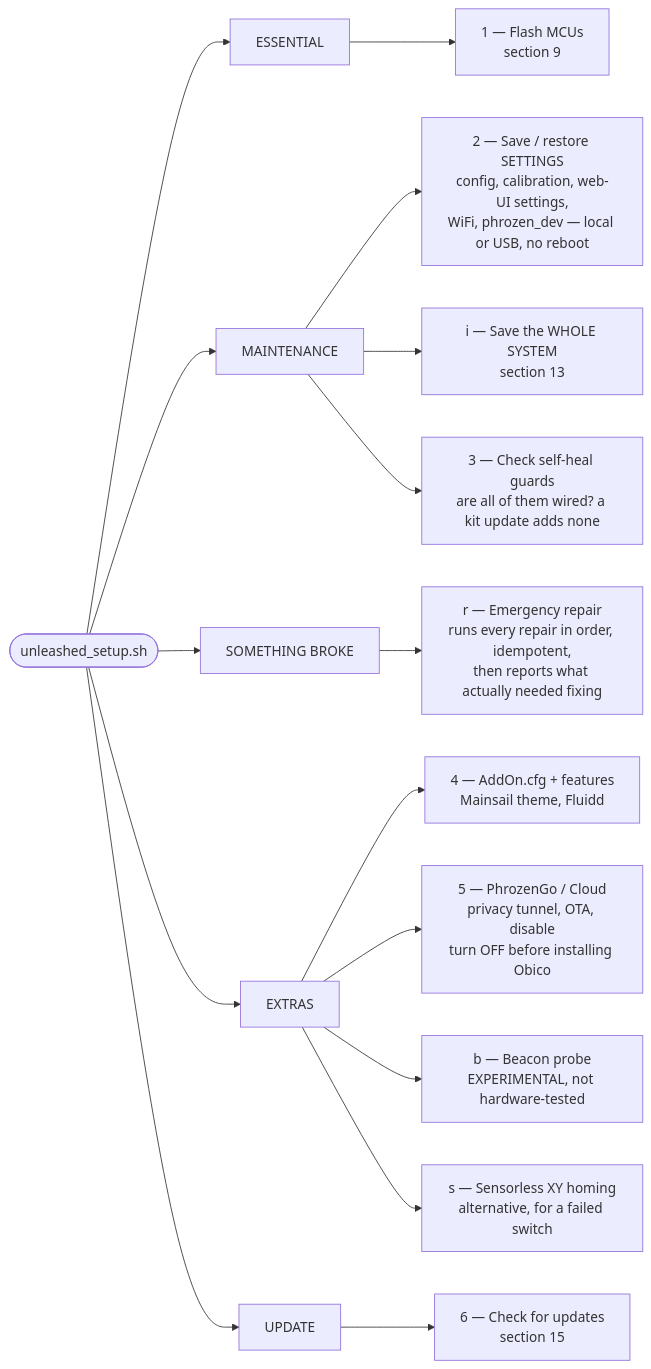
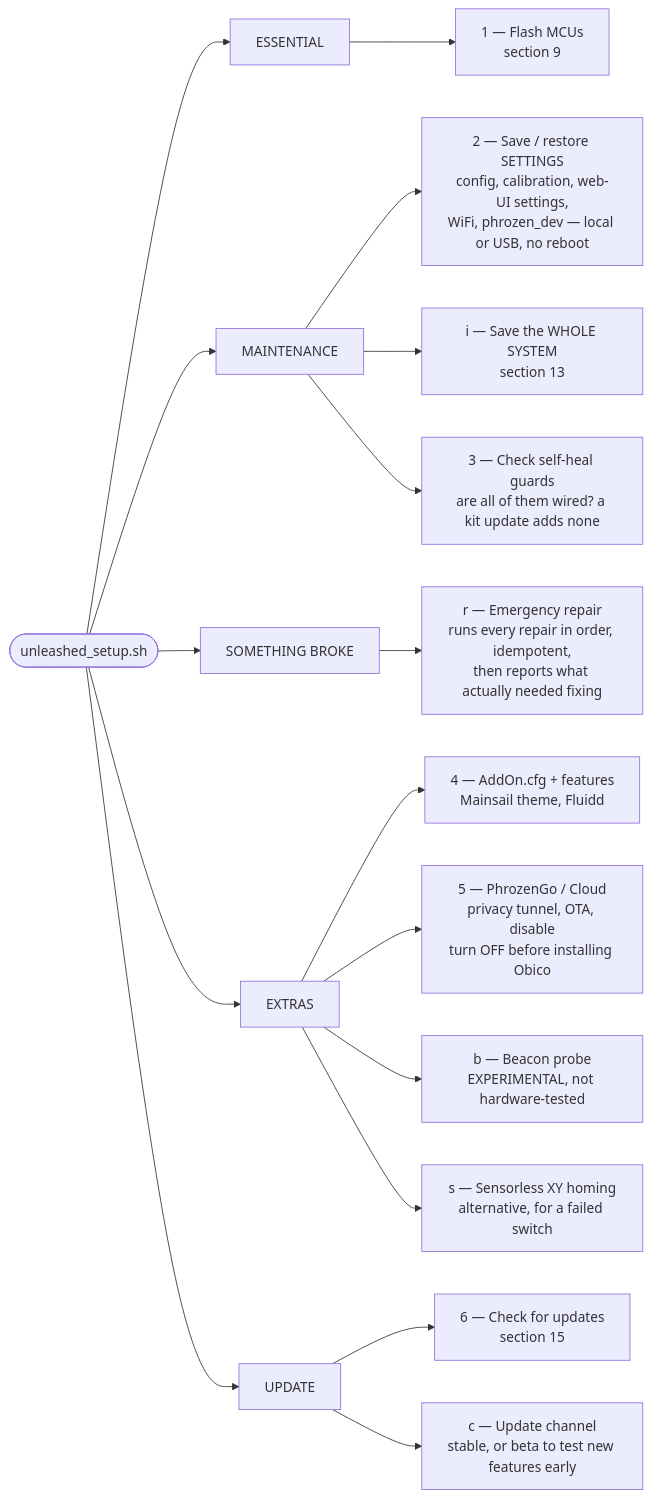
One commit to solutionphil/arco-unleashed changed diagram 11 of 16 in INSTALL-FLOWCHARTS.md. Above: the diagram before and after it, drawn with Mermaid. The commit also changed other lines of this file and 7 other files, not shown here.

````diff
--- a/INSTALL-FLOWCHARTS.md
+++ b/INSTALL-FLOWCHARTS.md
@@ -383,24 +384,25 @@
 ```mermaid
 flowchart LR
     MENU(["unleashed_setup.sh"])
     MENU --> E["ESSENTIAL"]
     MENU --> MN["MAINTENANCE"]
     MENU --> BR["SOMETHING BROKE"]
     MENU --> EX["EXTRAS"]
     MENU --> UP["UPDATE"]
 
     E --> E1["1 — Flash MCUs<br/>section 9"]
 
     MN --> M1["2 — Save / restore SETTINGS<br/>config, calibration, web-UI settings,<br/>WiFi, phrozen_dev — local or USB, no reboot"]
     MN --> M2["i — Save the WHOLE SYSTEM<br/>section 13"]
     MN --> M3["3 — Check self-heal guards<br/>are all of them wired? a kit update adds none"]
 
     BR --> B1["r — Emergency repair<br/>runs every repair in order, idempotent,<br/>then reports what actually needed fixing"]
 
     EX --> X2["4 — AddOn.cfg + features<br/>Mainsail theme, Fluidd"]
     EX --> X3["5 — PhrozenGo / Cloud<br/>privacy tunnel, OTA, disable<br/>turn OFF before installing Obico"]
     EX --> X4["b — Beacon probe<br/>EXPERIMENTAL, not hardware-tested"]
     EX --> X5["s — Sensorless XY homing<br/>alternative, for a failed switch"]
 
     UP --> U1["6 — Check for updates<br/>section 15"]
+    UP --> U2["c — Update channel<br/>stable, or beta to test new features early"]
 ```
````
